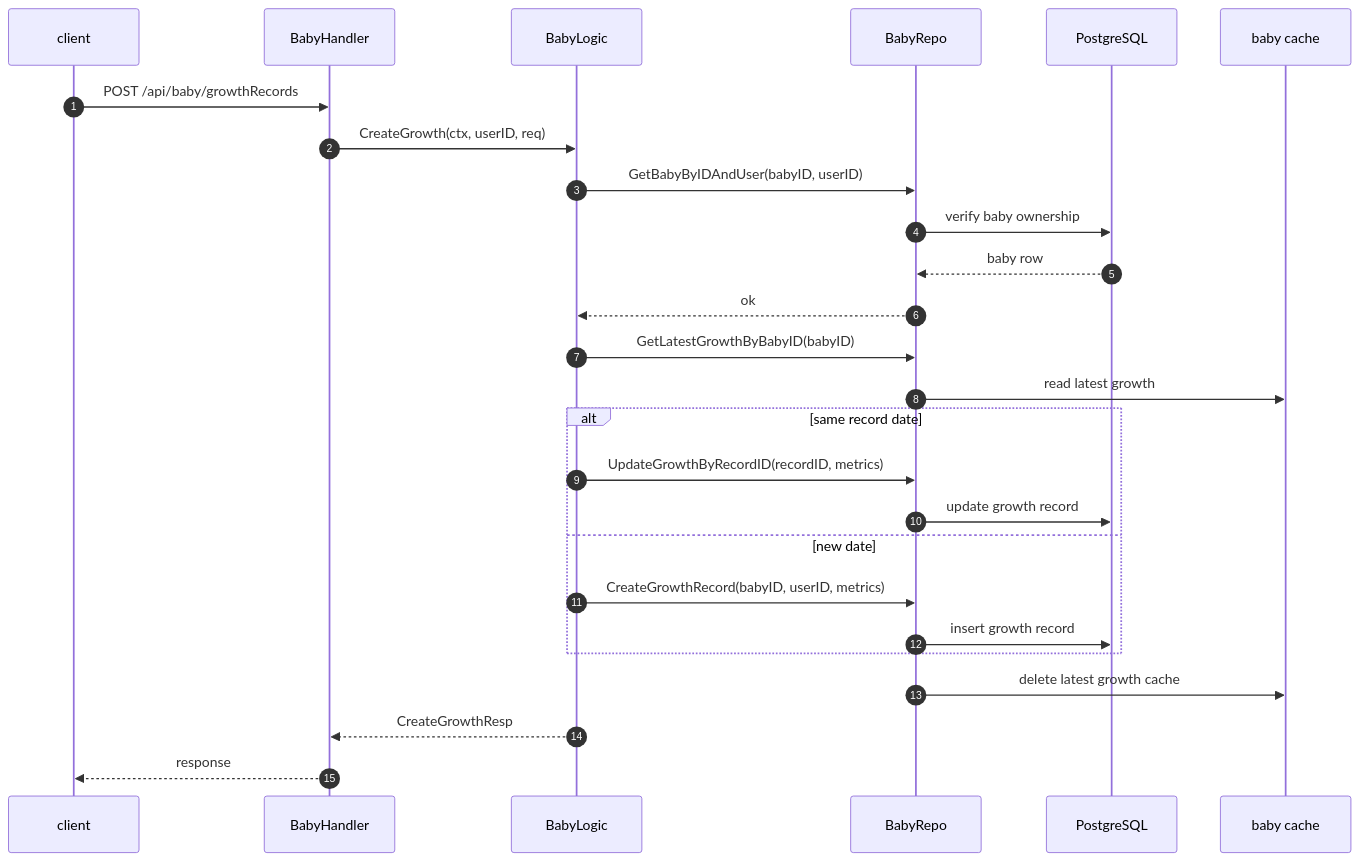
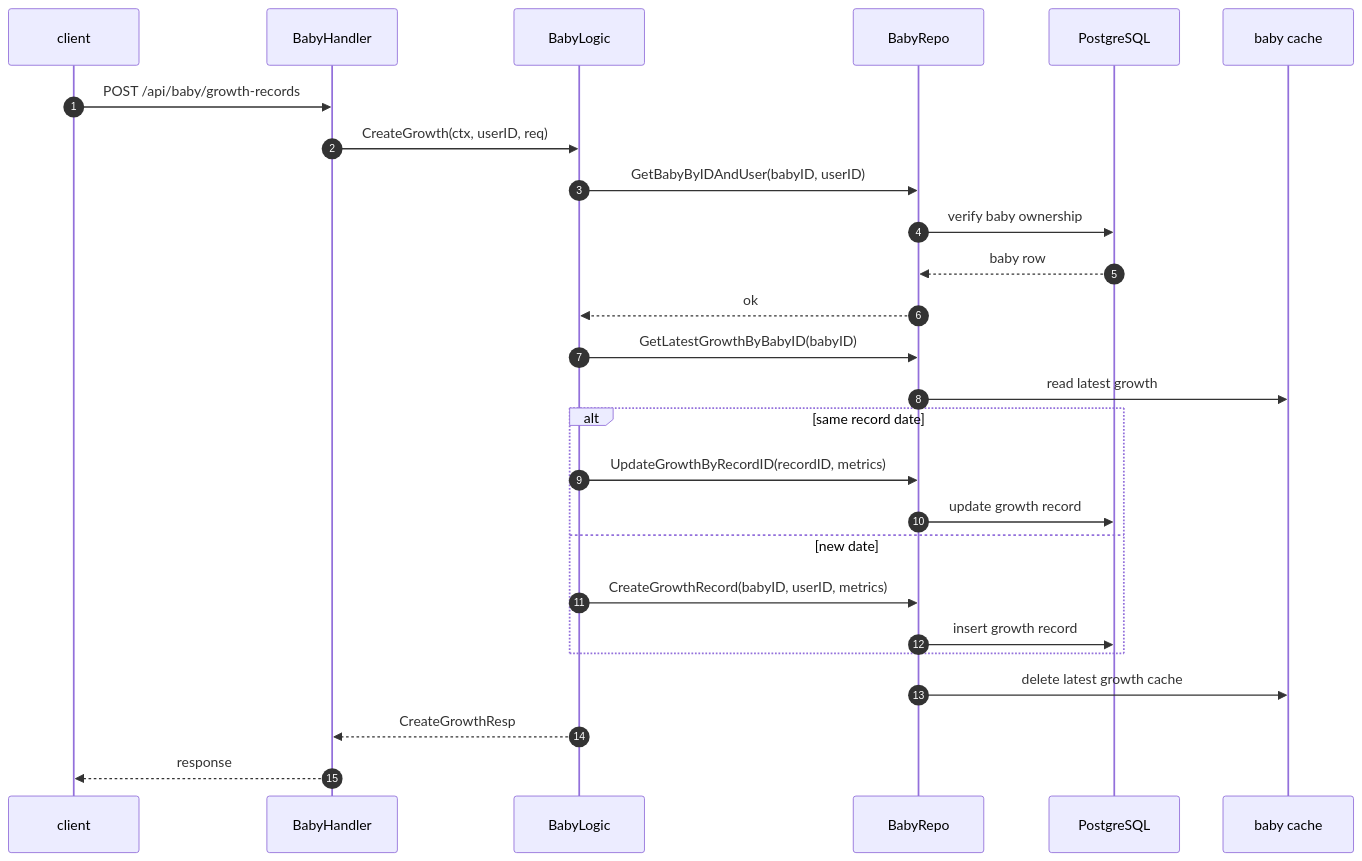
One commit to Goblin-Master/nurture changed the fourth of 6 diagrams in internal/baby/doc/README.md. Above: the diagram before and after it, drawn with Mermaid. The commit also changed other lines of this file and 8 other files, not shown here.

````diff
--- a/internal/baby/doc/README.md
+++ b/internal/baby/doc/README.md
@@ -96,29 +96,29 @@
 ```mermaid
 sequenceDiagram
   autonumber
   participant Client as client
   participant Handler as BabyHandler
   participant Logic as BabyLogic
   participant Repo as BabyRepo
   participant DB as PostgreSQL
   participant Cache as baby cache
 
-  Client->>Handler: POST /api/baby/growthRecords
+  Client->>Handler: POST /api/baby/growth-records
   Handler->>Logic: CreateGrowth(ctx, userID, req)
   Logic->>Repo: GetBabyByIDAndUser(babyID, userID)
   Repo->>DB: verify baby ownership
   DB-->>Repo: baby row
   Repo-->>Logic: ok
   Logic->>Repo: GetLatestGrowthByBabyID(babyID)
   Repo->>Cache: read latest growth
   alt same record date
     Logic->>Repo: UpdateGrowthByRecordID(recordID, metrics)
     Repo->>DB: update growth record
   else new date
     Logic->>Repo: CreateGrowthRecord(babyID, userID, metrics)
     Repo->>DB: insert growth record
   end
   Repo->>Cache: delete latest growth cache
   Logic-->>Handler: CreateGrowthResp
   Handler-->>Client: response
 ```
````
